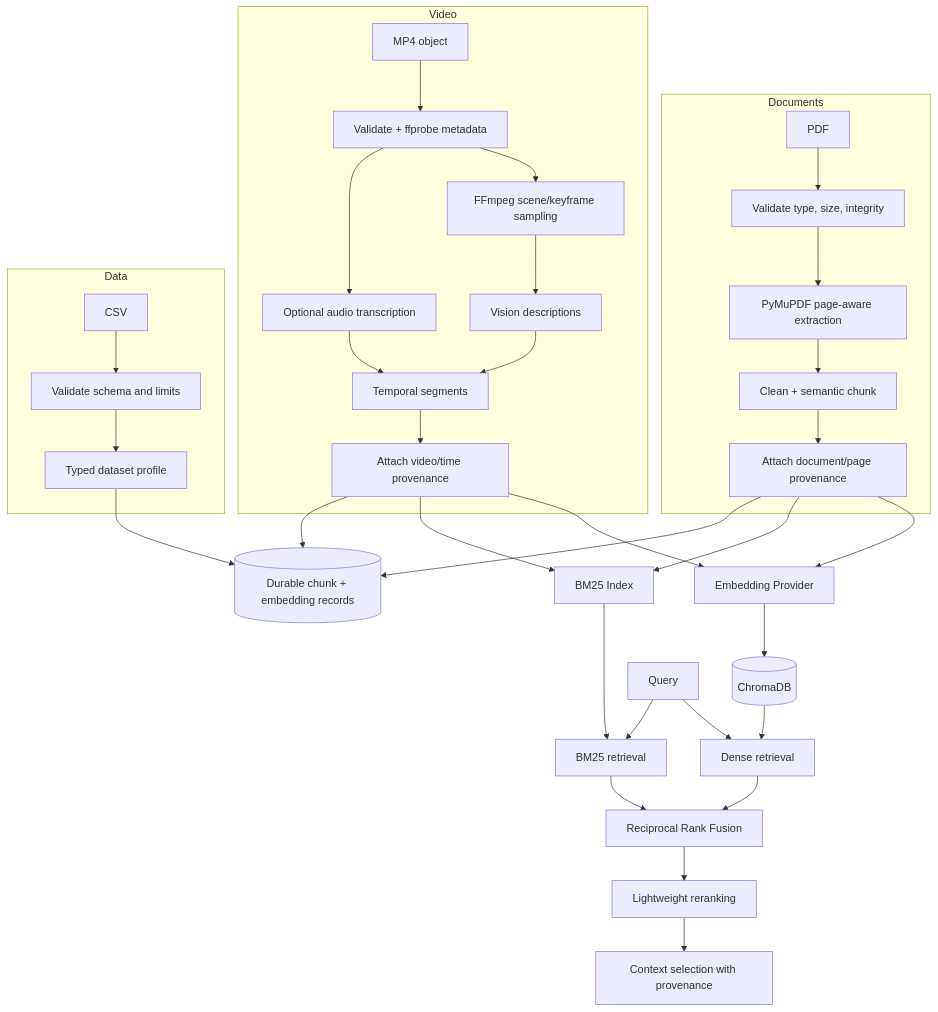
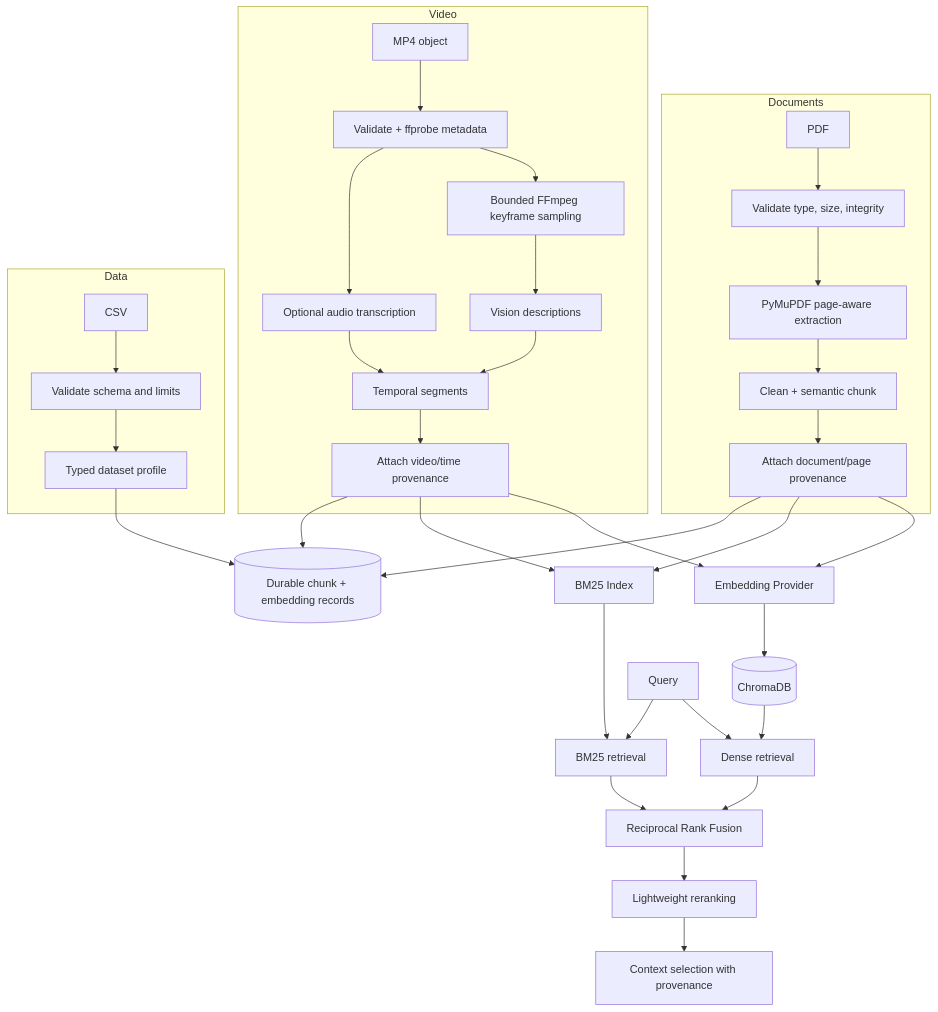
One commit to JatinSharmab/synapse-ai changed the third of 4 diagrams in docs/ARCHITECTURE.md. Above: the diagram before and after it, drawn with Mermaid. The commit also changed other lines of this file and 36 other files, not shown here.

Commit message:
feat(orchestrator): connect document and video retrieval nodes into graph

````diff
--- a/docs/ARCHITECTURE.md
+++ b/docs/ARCHITECTURE.md
@@ -132,42 +137,42 @@
 ```mermaid
 flowchart TB
     subgraph Documents
         PDF[PDF] --> PV[Validate type, size, integrity]
         PV --> PX[PyMuPDF page-aware extraction]
         PX --> PC[Clean + semantic chunk]
         PC --> PP[Attach document/page provenance]
     end
 
     subgraph Video
         VID[MP4 object] --> VV[Validate + ffprobe metadata]
-        VV --> VF[FFmpeg scene/keyframe sampling]
+        VV --> VF[Bounded FFmpeg keyframe sampling]
         VF --> VD[Vision descriptions]
         VV --> VA[Optional audio transcription]
         VD --> VT[Temporal segments]
         VA --> VT
         VT --> VP[Attach video/time provenance]
     end
 
     subgraph Data
         CSV[CSV] --> CV[Validate schema and limits]
         CV --> CP[Typed dataset profile]
     end
 
     PP --> EMB[Embedding Provider]
     VP --> EMB
     EMB --> CH[(ChromaDB)]
     PP --> BM[BM25 Index]
     VP --> BM
     PP --> DUR[(Durable chunk + embedding records)]
     VP --> DUR
     CP --> DUR
 
     Q[Query] --> DENSE[Dense retrieval]
     Q --> LEX[BM25 retrieval]
     CH --> DENSE
     BM --> LEX
     DENSE --> RRF[Reciprocal Rank Fusion]
     LEX --> RRF
     RRF --> RR[Lightweight reranking]
     RR --> CS[Context selection with provenance]
 ```
````
